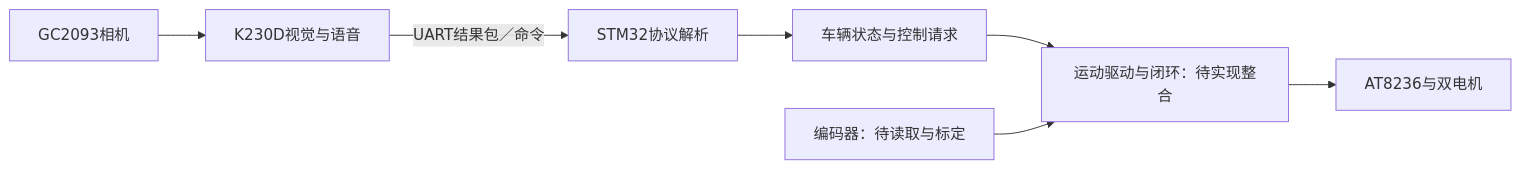
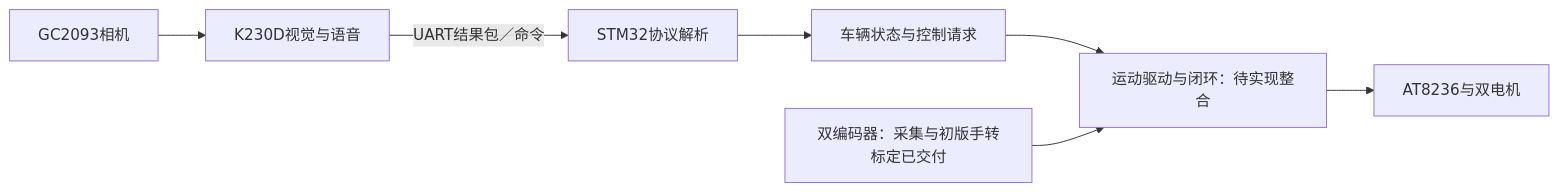
Before and after one commit to AgrumeStly/yeye: the diagram in docs/architecture.md, drawn with Mermaid. The commit also changed other lines of this file and 76 other files, not shown here.

````diff
--- a/docs/architecture.md
+++ b/docs/architecture.md
@@ -8,9 +11,9 @@
 ```mermaid
 flowchart LR
     Camera[GC2093相机] --> Vision[K230D视觉与语音]
     Vision -->|UART结果包／命令| Protocol[STM32协议解析]
     Protocol --> State[车辆状态与控制请求]
     State --> Motion[运动驱动与闭环：待实现整合]
     Motion --> Driver[AT8236与双电机]
-    Encoder[编码器：待读取与标定] --> Motion
+    Encoder[双编码器：采集与初版手转标定已交付] --> Motion
 ```
````
